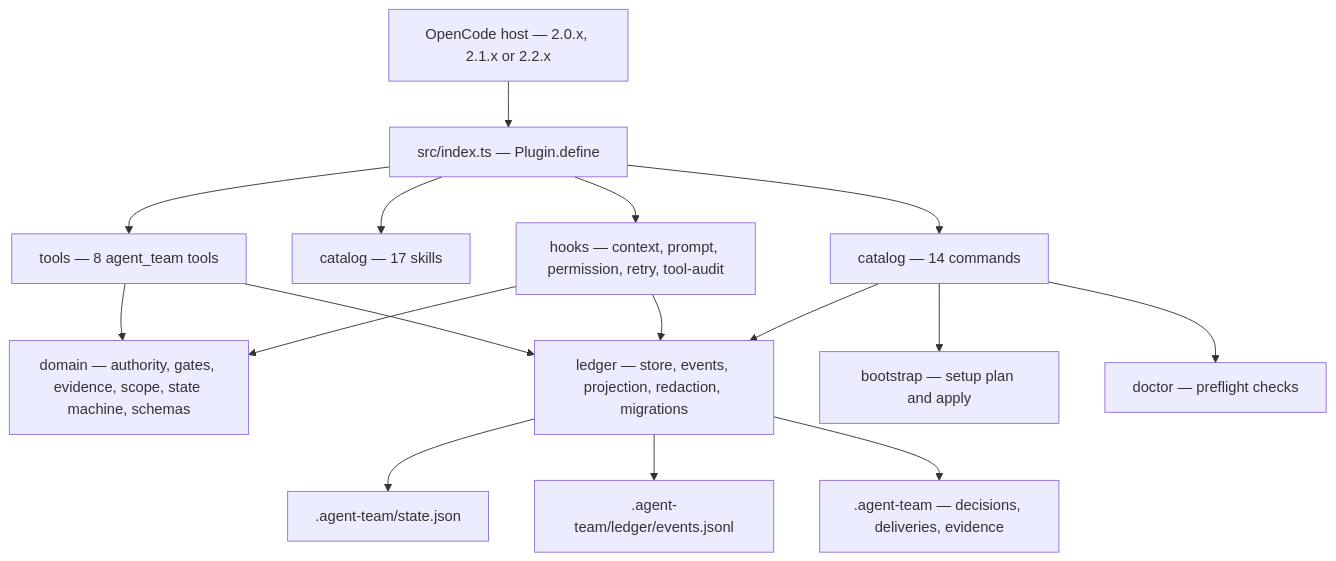
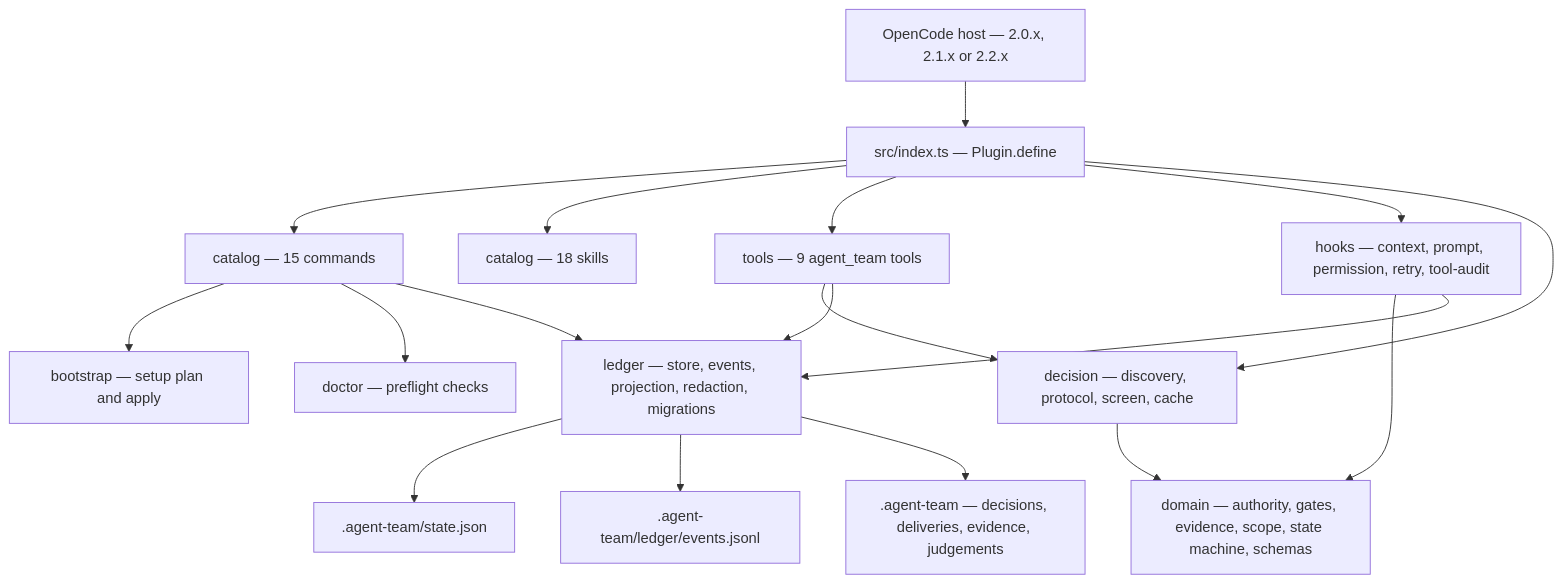
One commit to lindoelio/opencode-agent-team changed the first of 3 diagrams in ARCHITECTURE.md. Above: the diagram before and after it, drawn with Mermaid. The commit also changed other lines of this file and 56 other files, not shown here.

````diff
--- a/ARCHITECTURE.md
+++ b/ARCHITECTURE.md
@@ -14,32 +14,35 @@
 ```mermaid
 flowchart TD
   Host["OpenCode host — 2.0.x, 2.1.x or 2.2.x"]
   Entry["src/index.ts — Plugin.define"]
-  Commands["catalog — 14 commands"]
-  Skills["catalog — 17 skills"]
-  Tools["tools — 8 agent_team tools"]
+  Commands["catalog — 15 commands"]
+  Skills["catalog — 18 skills"]
+  Tools["tools — 9 agent_team tools"]
   Hooks["hooks — context, prompt, permission, retry, tool-audit"]
   Domain["domain — authority, gates, evidence, scope, state machine, schemas"]
   Ledger["ledger — store, events, projection, redaction, migrations"]
   Setup["bootstrap — setup plan and apply"]
   Doctor["doctor — preflight checks"]
+  Decision["decision — discovery, protocol, screen, cache"]
   State[".agent-team/state.json"]
   Events[".agent-team/ledger/events.jsonl"]
-  Docs[".agent-team — decisions, deliveries, evidence"]
+  Docs[".agent-team — decisions, deliveries, evidence, judgements"]
 
   Host --> Entry
   Entry --> Commands
   Entry --> Skills
   Entry --> Tools
   Entry --> Hooks
-  Tools --> Domain
+  Entry --> Decision
+  Tools --> Decision
+  Decision --> Domain
   Tools --> Ledger
   Hooks --> Domain
   Hooks --> Ledger
   Commands --> Setup
   Commands --> Doctor
   Commands --> Ledger
   Ledger --> State
   Ledger --> Events
   Ledger --> Docs
 ```
````
